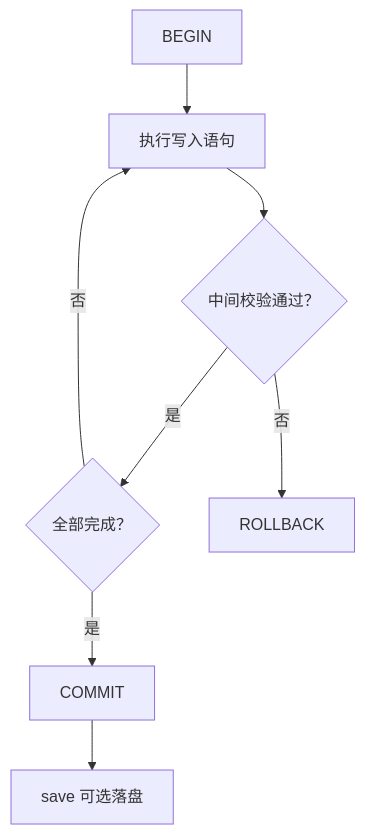
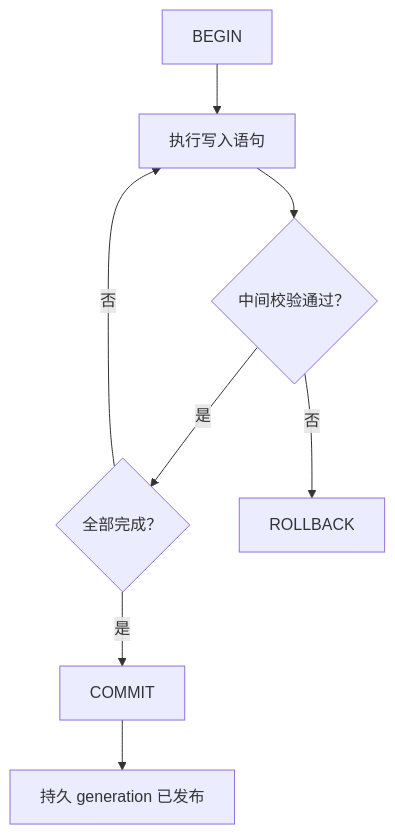
One commit to nexepic/zyx changed the second of 2 diagrams in docs/apps/docs/content/docs/zh/zyx/user-guide/transactions.mdx. Above: the diagram before and after it, drawn with Mermaid. The commit also changed other lines of this file and 7 other files, not shown here.

````diff
--- a/docs/apps/docs/content/docs/zh/zyx/user-guide/transactions.mdx
+++ b/docs/apps/docs/content/docs/zh/zyx/user-guide/transactions.mdx
@@ -102,10 +103,10 @@
 ```mermaid
 flowchart TD
   A[BEGIN] --> B[执行写入语句]
   B --> C{中间校验通过？}
   C -->|是| D{全部完成？}
   C -->|否| E[ROLLBACK]
   D -->|是| F[COMMIT]
   D -->|否| B
-  F --> G[save 可选落盘]
+  F --> G[持久 generation 已发布]
 ```
````
